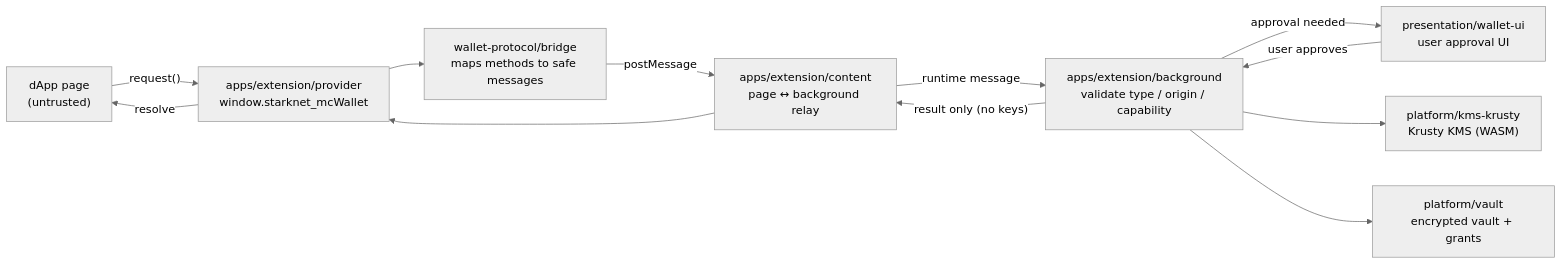
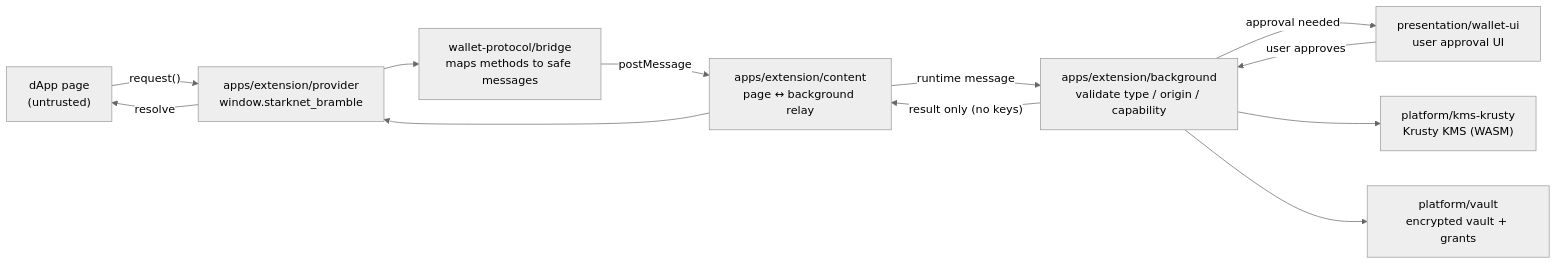
One commit to starknet-innovation/bramble changed the second of 2 diagrams in docs/ENGINEERING.md. Above: the diagram before and after it, drawn with Mermaid (neutral theme). The commit also changed other lines of this file and 81 other files, not shown here.

````diff
--- a/docs/ENGINEERING.md
+++ b/docs/ENGINEERING.md
@@ -84,23 +84,23 @@
 ```mermaid
 flowchart LR
     dapp["dApp page<br/>(untrusted)"]
-    inpage["apps/extension/provider<br/>window.starknet_mcWallet"]
+    inpage["apps/extension/provider<br/>window.starknet_bramble"]
     bridge["wallet-protocol/bridge<br/>maps methods to safe messages"]
     content["apps/extension/content<br/>page ↔ background relay"]
     background["apps/extension/background<br/>validate type / origin / capability"]
     crypto["platform/kms-krusty<br/>Krusty KMS (WASM)"]
     storage["platform/vault<br/>encrypted vault + grants"]
     sidepanel["presentation/wallet-ui<br/>user approval UI"]
 
     dapp -->|"request()"| inpage
     inpage --> bridge
     bridge -->|postMessage| content
     content -->|runtime message| background
     background -->|"approval needed"| sidepanel
     sidepanel -->|"user approves"| background
     background --> crypto
     background --> storage
     background -->|"result only (no keys)"| content
     content --> inpage
     inpage -->|"resolve"| dapp
 ```
````
